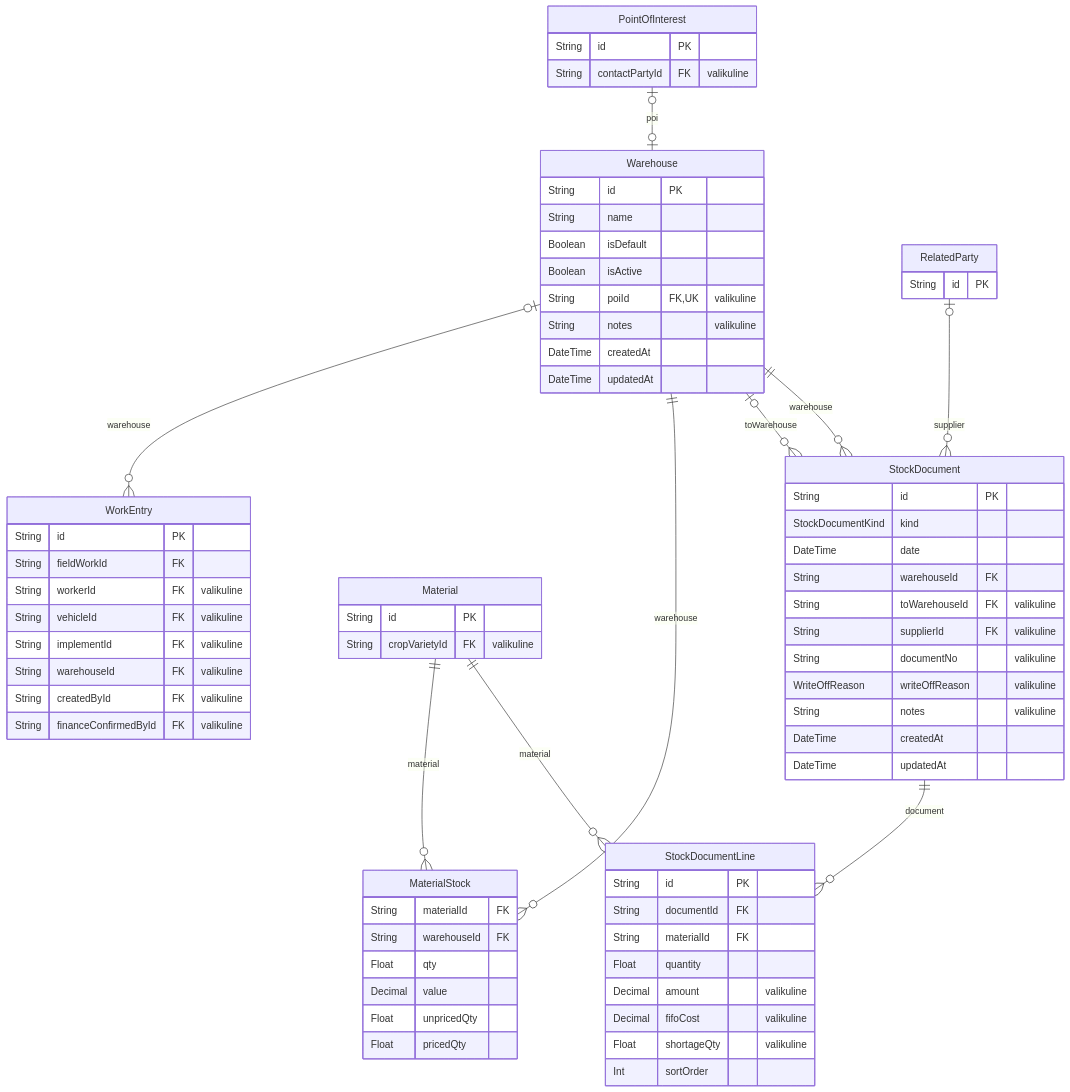
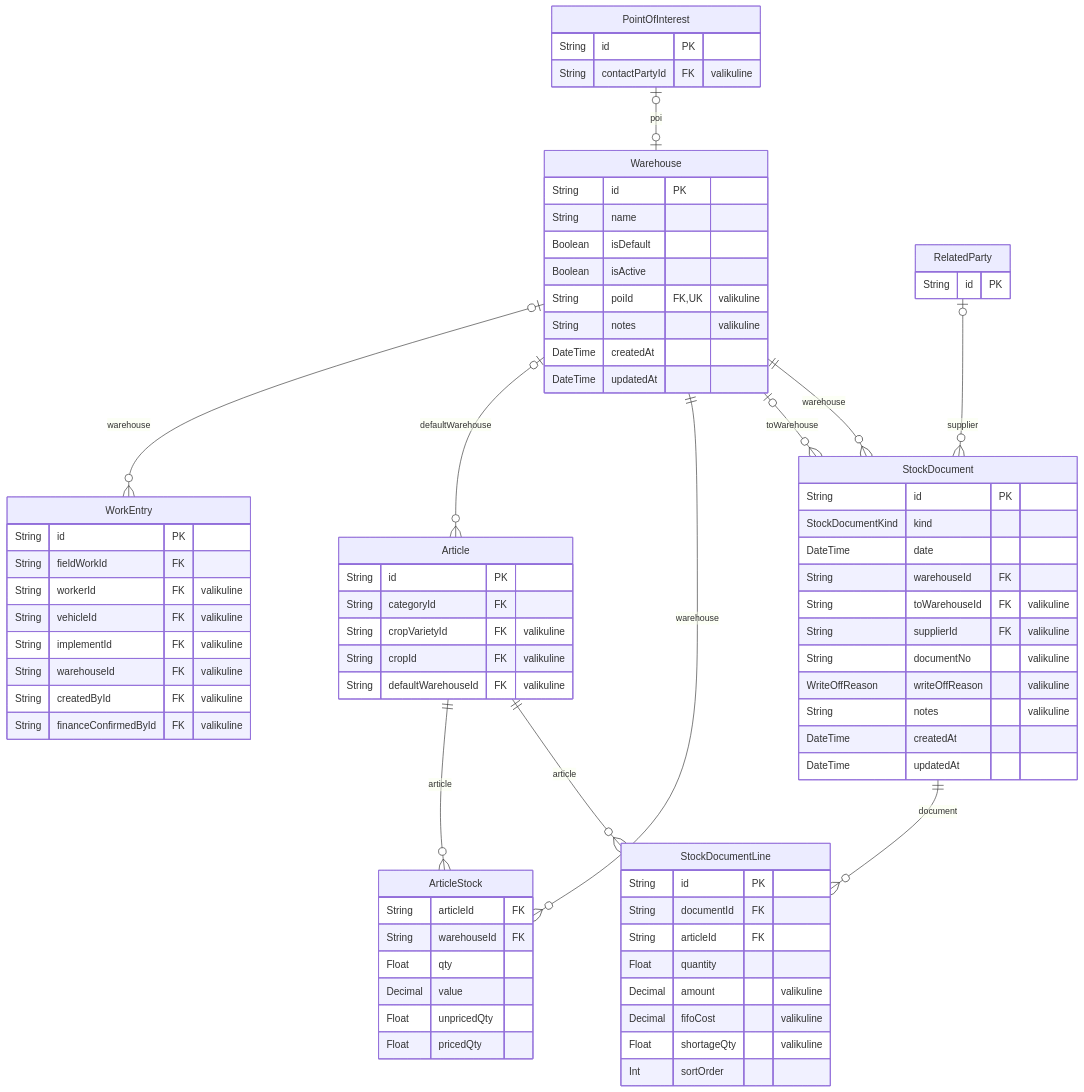
One commit to andres-janno/teris changed the fourth of 7 diagrams in docs/andmemudel.md. Above: the diagram before and after it, drawn with Mermaid. The commit also changed other lines of this file and 5 other files, not shown here.

````diff
--- a/docs/andmemudel.md
+++ b/docs/andmemudel.md
@@ -594,74 +626,78 @@
 ```mermaid
 erDiagram
   Warehouse {
     String id PK
     String name
     Boolean isDefault
     Boolean isActive
     String poiId FK,UK "valikuline"
     String notes "valikuline"
     DateTime createdAt
     DateTime updatedAt
   }
   StockDocument {
     String id PK
     StockDocumentKind kind
     DateTime date
     String warehouseId FK
     String toWarehouseId FK "valikuline"
     String supplierId FK "valikuline"
     String documentNo "valikuline"
     WriteOffReason writeOffReason "valikuline"
     String notes "valikuline"
     DateTime createdAt
     DateTime updatedAt
   }
   StockDocumentLine {
     String id PK
     String documentId FK
-    String materialId FK
+    String articleId FK
     Float quantity
     Decimal amount "valikuline"
     Decimal fifoCost "valikuline"
     Float shortageQty "valikuline"
     Int sortOrder
   }
-  MaterialStock {
-    String materialId FK
+  ArticleStock {
+    String articleId FK
     String warehouseId FK
     Float qty
     Decimal value
     Float unpricedQty
     Float pricedQty
   }
   PointOfInterest {
     String id PK
     String contactPartyId FK "valikuline"
   }
   RelatedParty {
     String id PK
   }
-  Material {
+  Article {
     String id PK
+    String categoryId FK
     String cropVarietyId FK "valikuline"
+    String cropId FK "valikuline"
+    String defaultWarehouseId FK "valikuline"
   }
   WorkEntry {
     String id PK
     String fieldWorkId FK
     String workerId FK "valikuline"
     String vehicleId FK "valikuline"
     String implementId FK "valikuline"
     String warehouseId FK "valikuline"
     String createdById FK "valikuline"
     String financeConfirmedById FK "valikuline"
   }
   PointOfInterest |o--o| Warehouse : "poi"
   Warehouse ||--o{ StockDocument : "warehouse"
   Warehouse |o--o{ StockDocument : "toWarehouse"
   RelatedParty |o--o{ StockDocument : "supplier"
   StockDocument ||--o{ StockDocumentLine : "document"
-  Material ||--o{ StockDocumentLine : "material"
-  Material ||--o{ MaterialStock : "material"
-  Warehouse ||--o{ MaterialStock : "warehouse"
+  Article ||--o{ StockDocumentLine : "article"
+  Article ||--o{ ArticleStock : "article"
+  Warehouse ||--o{ ArticleStock : "warehouse"
+  Warehouse |o--o{ Article : "defaultWarehouse"
   Warehouse |o--o{ WorkEntry : "warehouse"
 ```
````
